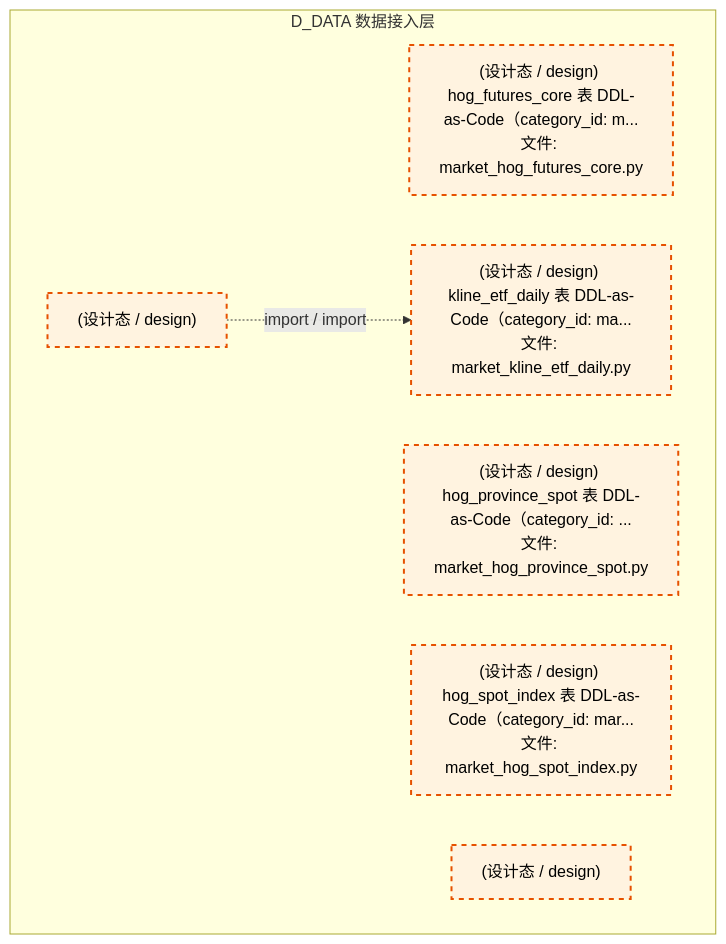
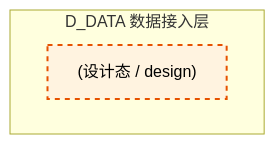
Before and after one commit to xuanFelixVan/ZephyrAlpha: the eighth of 9 diagrams in docs/02_enterprise_architecture/02_domain_architecture_docs/11_d_data.md, drawn with Mermaid. The commit also changed other lines of this file and 20 other files, not shown here.

````diff
--- a/docs/02_enterprise_architecture/02_domain_architecture_docs/11_d_data.md
+++ b/docs/02_enterprise_architecture/02_domain_architecture_docs/11_d_data.md
@@ -1121,17 +1125,11 @@
 ```mermaid
 graph TD
     subgraph D_DATA["D_DATA 数据接入层"]
-        schemas_categories_market_hog_futures_core_py["(设计态 / design) hog_futures_core 表 DDL-as-Code（category_id: m...<br/>文件: market_hog_futures_core.py"]
-        schemas_categories_market_hog_province_spot_py["(设计态 / design) hog_province_spot 表 DDL-as-Code（category_id: ...<br/>文件: market_hog_province_spot.py"]
-        schemas_categories_market_hog_spot_index_py["(设计态 / design) hog_spot_index 表 DDL-as-Code（category_id: mar...<br/>文件: market_hog_spot_index.py"]
-        schemas_categories_market_kline_etf_daily_py["(设计态 / design) kline_etf_daily 表 DDL-as-Code（category_id: ma...<br/>文件: market_kline_etf_daily.py"]
         src_zephyr_data_pit_query_py["(设计态 / design) "]
-        src_zephyr_data_symbol_normalizer["(设计态 / design) "]
     end
-    src_zephyr_data_symbol_normalizer -.->|import / import| schemas_categories_market_kline_etf_daily_py
     classDef production fill:#e1f5fe,stroke:#01579b,stroke-width:2px,color:#000
     classDef design fill:#fff3e0,stroke:#e65100,stroke-width:2px,color:#000,stroke-dasharray: 5 5
     classDef external_prod fill:#e8f5e9,stroke:#1b5e20,stroke-width:1px,color:#000
     classDef external_design fill:#fce4ec,stroke:#880e4f,stroke-width:1px,color:#000,stroke-dasharray: 5 5
-    class schemas_categories_market_hog_futures_core_py,schemas_categories_market_hog_province_spot_py,schemas_categories_market_hog_spot_index_py,schemas_categories_market_kline_etf_daily_py,src_zephyr_data_pit_query_py,src_zephyr_data_symbol_normalizer design
+    class src_zephyr_data_pit_query_py design
 ```
````
